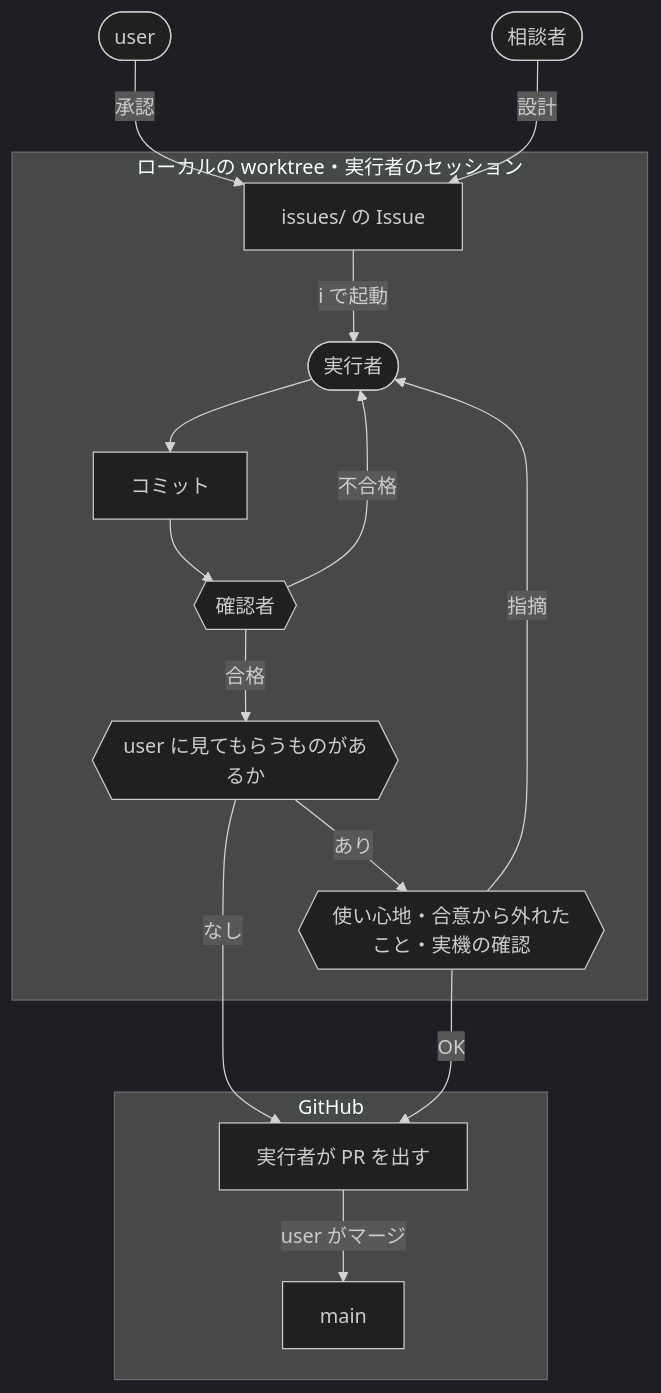
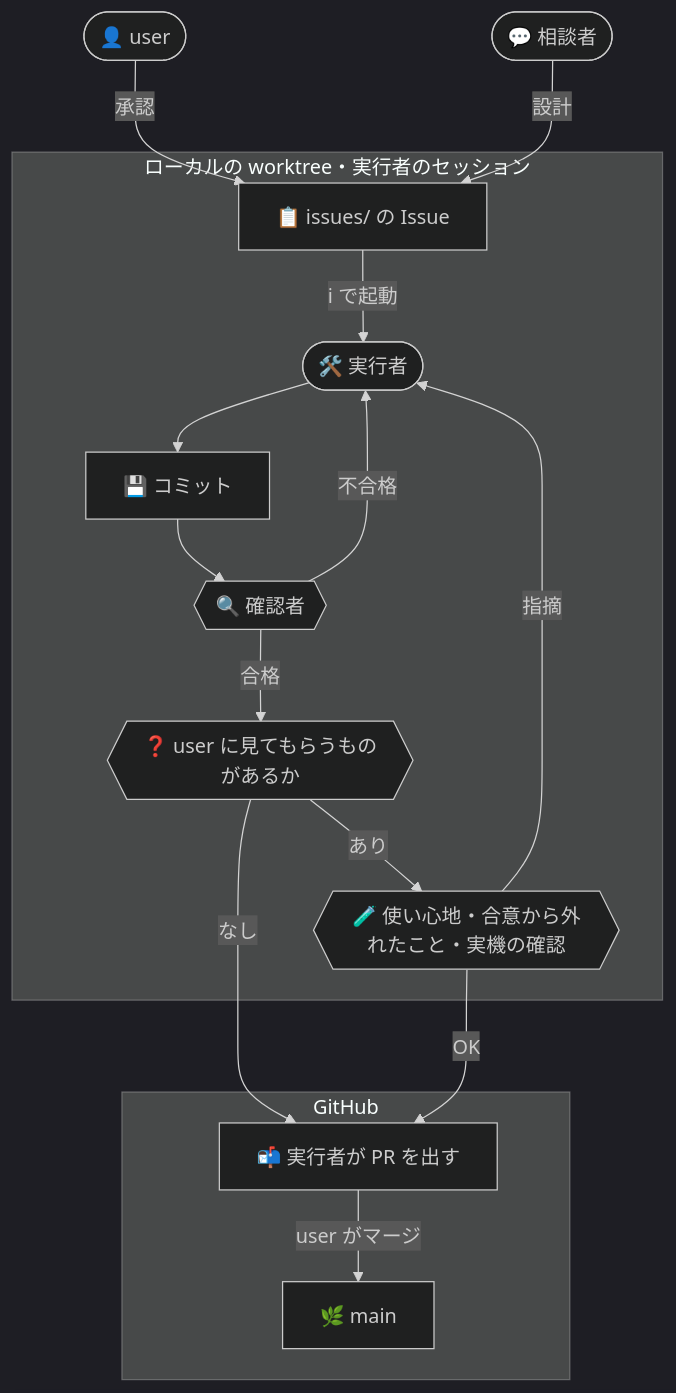
One commit to yktsnet/dotfiles-public changed the diagram in README.md. Above: the diagram before and after it, drawn with Mermaid (dark theme). The commit also changed 1 other file, not shown here.

Commit message:
docs: Mermaid の各ノードに絵文字を置く (#108)

````diff
--- a/README.md
+++ b/README.md
@@ -63,19 +63,19 @@
 ```mermaid
 flowchart TD
-    U([user]) -->|承認| I[issues/ の Issue]
-    C([相談者]) -->|設計| I
+    U([👤 user]) -->|承認| I[📋 issues/ の Issue]
+    C([💬 相談者]) -->|設計| I
     subgraph local [ローカルの worktree・実行者のセッション]
-        I -->|i で起動| E([実行者])
-        E --> L[コミット]
-        L --> J{{確認者}}
+        I -->|i で起動| E([🛠️ 実行者])
+        E --> L[💾 コミット]
+        L --> J{{🔍 確認者}}
         J -->|不合格| E
-        J -->|合格| V{{user に見てもらうものがあるか}}
-        V -->|あり| H{{使い心地・合意から外れたこと・実機の確認}}
+        J -->|合格| V{{❓ user に見てもらうものがあるか}}
+        V -->|あり| H{{🧪 使い心地・合意から外れたこと・実機の確認}}
         H -->|指摘| E
     end
     V -->|なし| P
     H -->|OK| P
     subgraph remote [GitHub]
-        P[実行者が PR を出す] -->|user がマージ| M[main]
+        P[📬 実行者が PR を出す] -->|user がマージ| M[🌿 main]
     end
 ```
````
